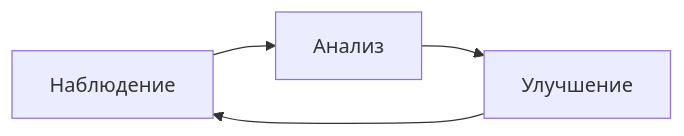
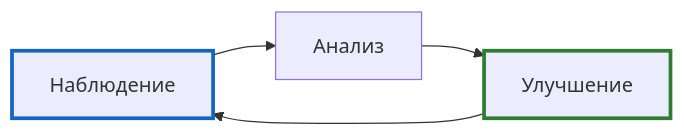
The third of 3 diagrams in README.md (prikotov/task-agents-playbook), drawn with Mermaid before and after one commit. The commit also changed other lines of this file and 2 other files, not shown here.

````diff
--- a/README.md
+++ b/README.md
@@ -194,6 +196,12 @@
 ```mermaid
 flowchart LR
-    A[Наблюдение] --> B[Анализ]
-    B --> C[Улучшение]
+    A["Наблюдение"] --> B["Анализ"]
+    B --> C["Улучшение"]
     C --> A
+
+    classDef start stroke:#1565c0,stroke-width:3px;
+    classDef finish stroke:#2e7d32,stroke-width:3px;
+
+    class A start;
+    class C finish;
 ```
````
